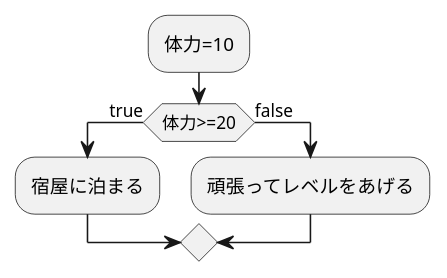
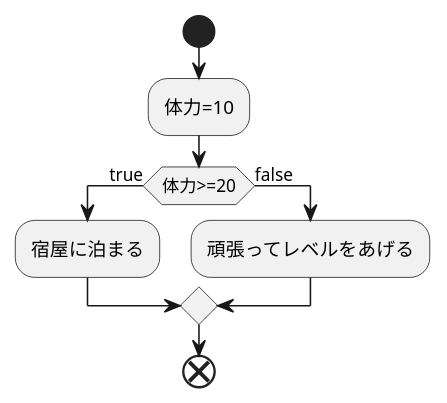
One commit to aso2001190/sys2021-design changed the diagram in test2.md. Above: the diagram before and after it, drawn with PlantUML.

````diff
--- a/test2.md
+++ b/test2.md
@@ -1,9 +1,11 @@
 ```uml
 @startuml
+start;
 :体力=10;
 if(体力>=20) then (true);
 :宿屋に泊まる;
 else(false);
 :頑張ってレベルをあげる;
 endif;
+end;
 ```
````
